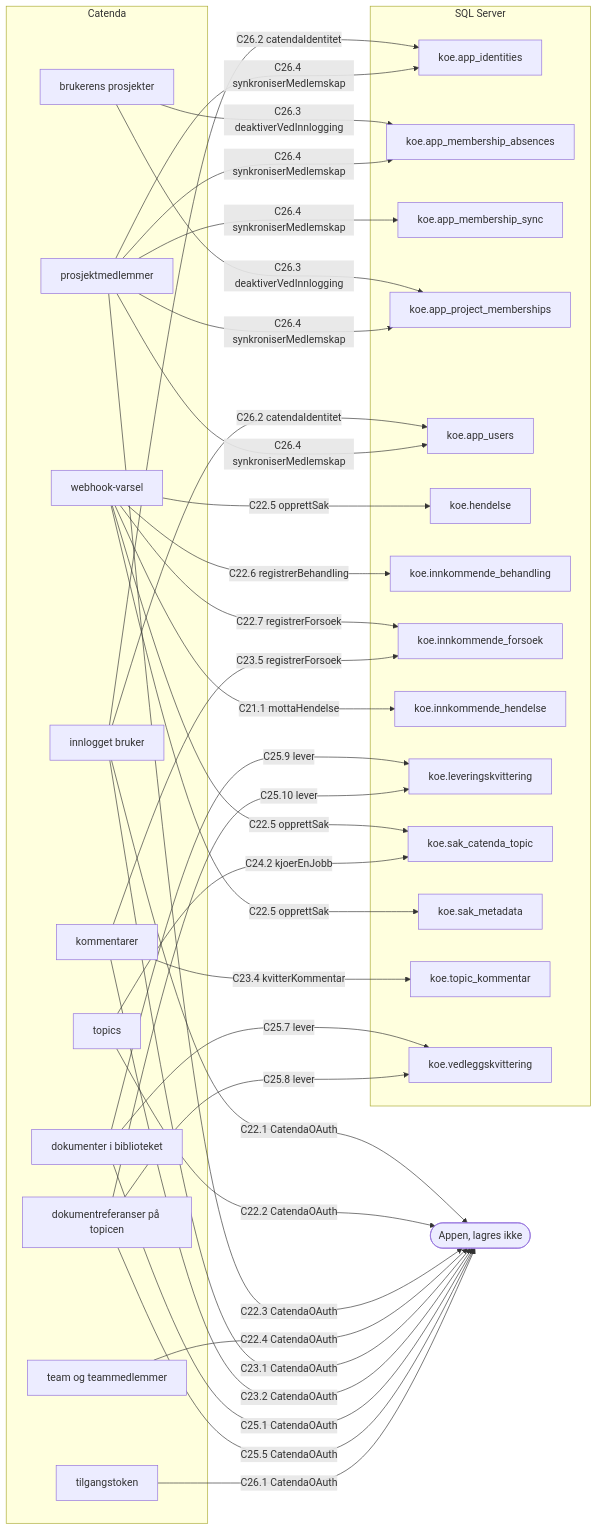
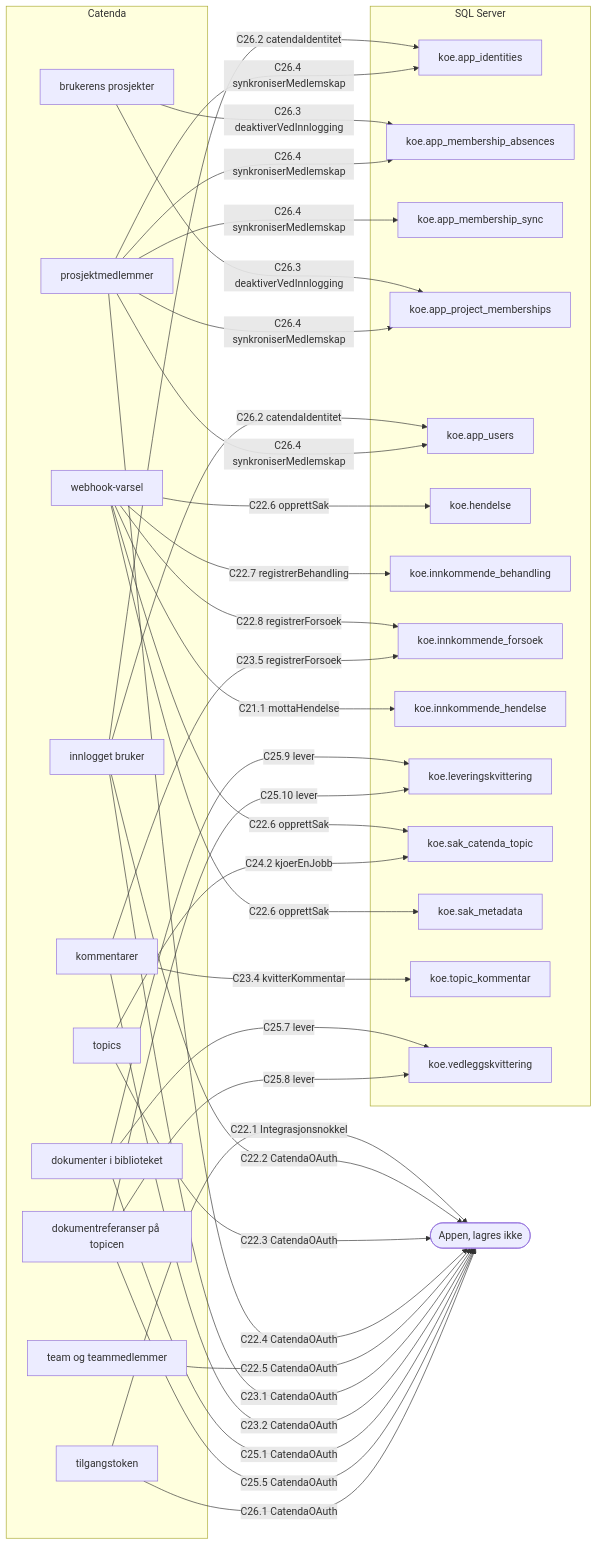
The second of 4 diagrams in docs/datamodell/relasjoner.md (khjohns/endringsmeldinger), drawn with Mermaid before and after one commit. The commit also changed other lines of this file and 5 other files, not shown here.

````diff
--- a/docs/datamodell/relasjoner.md
+++ b/docs/datamodell/relasjoner.md
@@ -436,63 +436,64 @@
 ```mermaid
 flowchart LR
     subgraph g0["Catenda"]
         c_webhook["webhook-varsel"]
         c_token["tilgangstoken"]
         c_bruker["innlogget bruker"]
         c_prosjekt["brukerens prosjekter"]
         c_medlemmer["prosjektmedlemmer"]
         c_team["team og teammedlemmer"]
         c_topic["topics"]
         c_kommentar["kommentarer"]
         c_dokument["dokumenter i biblioteket"]
         c_dokumentreferanse["dokumentreferanser på topicen"]
     end
     subgraph g1["SQL Server"]
         t_koe_app_identities["koe.app_identities"]
         t_koe_app_membership_absences["koe.app_membership_absences"]
         t_koe_app_membership_sync["koe.app_membership_sync"]
         t_koe_app_project_memberships["koe.app_project_memberships"]
         t_koe_app_users["koe.app_users"]
         t_koe_hendelse["koe.hendelse"]
         t_koe_innkommende_behandling["koe.innkommende_behandling"]
         t_koe_innkommende_forsoek["koe.innkommende_forsoek"]
         t_koe_innkommende_hendelse["koe.innkommende_hendelse"]
         t_koe_leveringskvittering["koe.leveringskvittering"]
         t_koe_sak_catenda_topic["koe.sak_catenda_topic"]
         t_koe_sak_metadata["koe.sak_metadata"]
         t_koe_topic_kommentar["koe.topic_kommentar"]
         t_koe_vedleggskvittering["koe.vedleggskvittering"]
     end
     t_appen(["Appen, lagres ikke"])
     c_webhook -->|"C21.1 mottaHendelse"| t_koe_innkommende_hendelse
-    c_bruker -->|"C22.1 CatendaOAuth"| t_appen
-    c_topic -->|"C22.2 CatendaOAuth"| t_appen
-    c_medlemmer -->|"C22.3 CatendaOAuth"| t_appen
-    c_team -->|"C22.4 CatendaOAuth"| t_appen
-    c_webhook -->|"C22.5 opprettSak"| t_koe_sak_metadata
-    c_webhook -->|"C22.5 opprettSak"| t_koe_hendelse
-    c_webhook -->|"C22.5 opprettSak"| t_koe_sak_catenda_topic
-    c_webhook -->|"C22.6 registrerBehandling"| t_koe_innkommende_behandling
-    c_webhook -->|"C22.7 registrerForsoek"| t_koe_innkommende_forsoek
+    c_token -->|"C22.1 Integrasjonsnokkel"| t_appen
+    c_bruker -->|"C22.2 CatendaOAuth"| t_appen
+    c_topic -->|"C22.3 CatendaOAuth"| t_appen
+    c_medlemmer -->|"C22.4 CatendaOAuth"| t_appen
+    c_team -->|"C22.5 CatendaOAuth"| t_appen
+    c_webhook -->|"C22.6 opprettSak"| t_koe_sak_metadata
+    c_webhook -->|"C22.6 opprettSak"| t_koe_hendelse
+    c_webhook -->|"C22.6 opprettSak"| t_koe_sak_catenda_topic
+    c_webhook -->|"C22.7 registrerBehandling"| t_koe_innkommende_behandling
+    c_webhook -->|"C22.8 registrerForsoek"| t_koe_innkommende_forsoek
     c_bruker -->|"C23.1 CatendaOAuth"| t_appen
     c_kommentar -->|"C23.2 CatendaOAuth"| t_appen
     c_kommentar -->|"C23.4 kvitterKommentar"| t_koe_topic_kommentar
     c_kommentar -->|"C23.5 registrerForsoek"| t_koe_innkommende_forsoek
     c_topic -->|"C24.2 kjoerEnJobb"| t_koe_sak_catenda_topic
     c_dokument -->|"C25.1 CatendaOAuth"| t_appen
     c_dokumentreferanse -->|"C25.5 CatendaOAuth"| t_appen
     c_dokument -->|"C25.7 lever"| t_koe_vedleggskvittering
     c_dokumentreferanse -->|"C25.8 lever"| t_koe_vedleggskvittering
     c_dokument -->|"C25.9 lever"| t_koe_leveringskvittering
     c_dokumentreferanse -->|"C25.10 lever"| t_koe_leveringskvittering
     c_token -->|"C26.1 CatendaOAuth"| t_appen
     c_bruker -->|"C26.2 catendaIdentitet"| t_koe_app_users
     c_bruker -->|"C26.2 catendaIdentitet"| t_koe_app_identities
     c_prosjekt -->|"C26.3 deaktiverVedInnlogging"| t_koe_app_project_memberships
     c_prosjekt -->|"C26.3 deaktiverVedInnlogging"| t_koe_app_membership_absences
     c_medlemmer -->|"C26.4 synkroniserMedlemskap"| t_koe_app_project_memberships
     c_medlemmer -->|"C26.4 synkroniserMedlemskap"| t_koe_app_membership_sync
     c_medlemmer -->|"C26.4 synkroniserMedlemskap"| t_koe_app_membership_absences
     c_medlemmer -->|"C26.4 synkroniserMedlemskap"| t_koe_app_users
     c_medlemmer -->|"C26.4 synkroniserMedlemskap"| t_koe_app_identities
 ```
````
